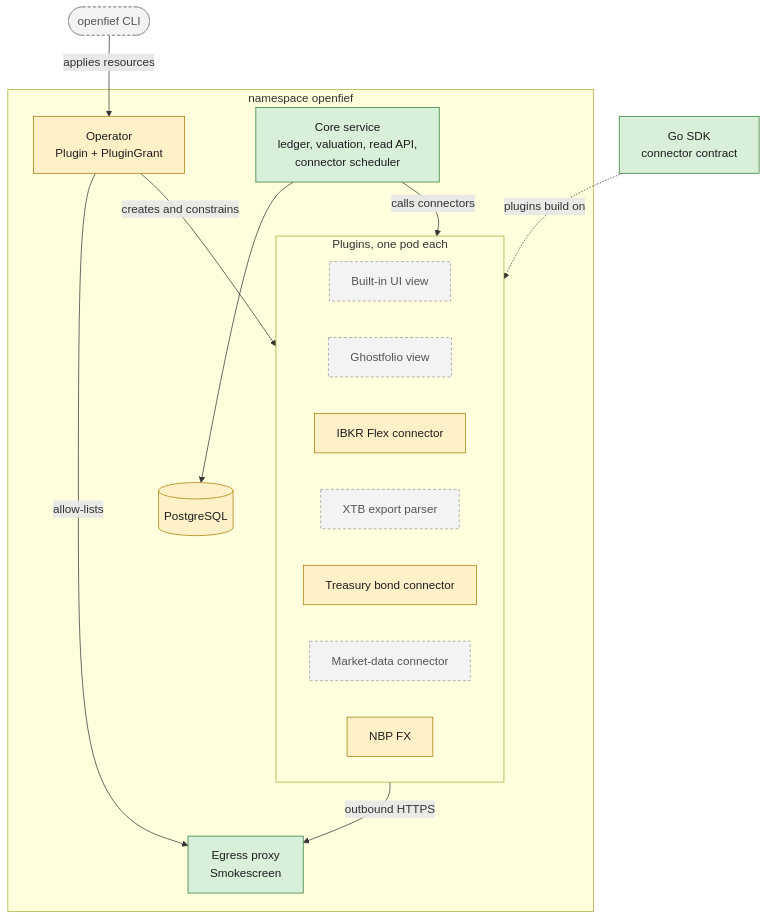
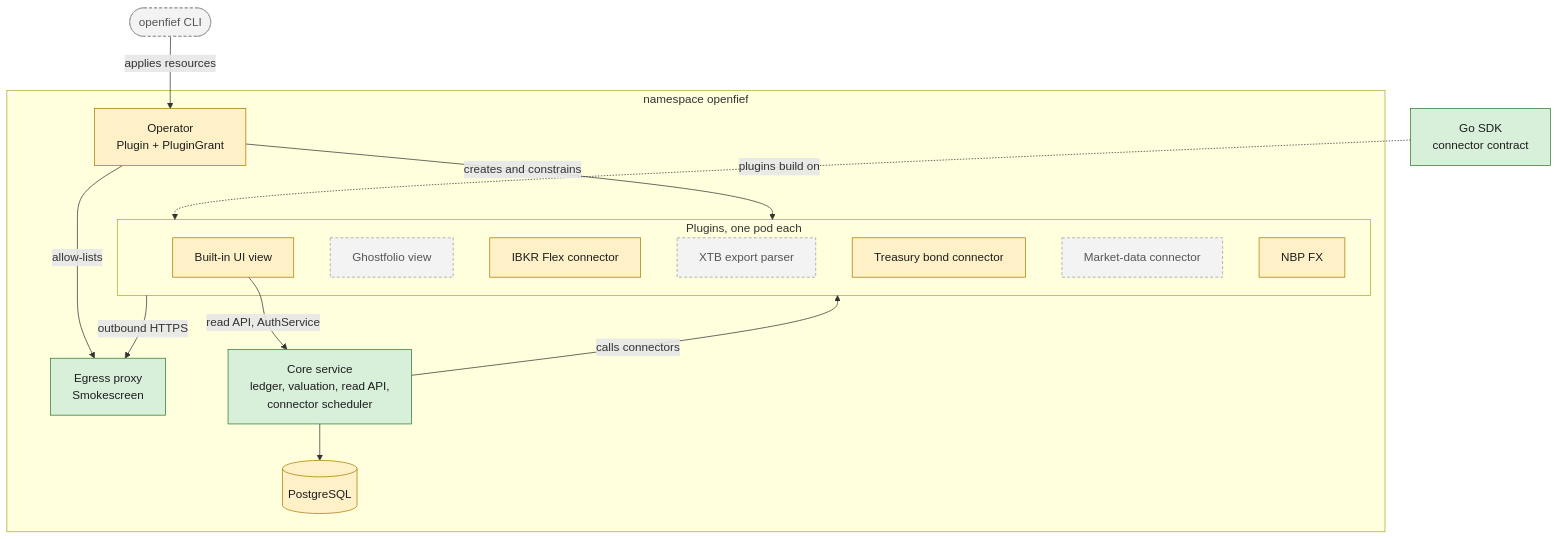
Before and after one commit to arkadiuss/openfief: the second of 5 diagrams in docs/architecture.md, drawn with Mermaid. The commit also changed other lines of this file and 248 other files, not shown here.

````diff
--- a/docs/architecture.md
+++ b/docs/architecture.md
@@ -40,30 +40,31 @@
 ```mermaid
 flowchart TB
   classDef built fill:#d8efd9,stroke:#2f7d32,color:#1d1d1f
   classDef partial fill:#fff1c7,stroke:#a77d00,color:#1d1d1f
   classDef missing fill:#f3f3f3,stroke:#9a9a9a,color:#555,stroke-dasharray: 4 3
   cli(["openfief CLI"]):::missing
   subgraph ns["namespace openfief"]
     op["Operator<br/>Plugin + PluginGrant"]:::partial
     proxy["Egress proxy<br/>Smokescreen"]:::built
     core["Core service<br/>ledger, valuation, read API,<br/>connector scheduler"]:::built
     pg[("PostgreSQL")]:::partial
     subgraph plugins["Plugins, one pod each"]
-      ui["Built-in UI view"]:::missing
+      ui["Built-in UI view"]:::partial
       gfv["Ghostfolio view"]:::missing
       ibkrc["IBKR Flex connector"]:::partial
       xtb["XTB export parser"]:::missing
       bonds["Treasury bond connector"]:::partial
       mdc["Market-data connector"]:::missing
       nbpc["NBP FX"]:::partial
     end
   end
   sdk["Go SDK<br/>connector contract"]:::built
   sdk -. "plugins build on" .-> plugins
   cli -- "applies resources" --> op
   op -- "creates and constrains" --> plugins
   op -- "allow-lists" --> proxy
   core --> pg
   core -- "calls connectors" --> plugins
+  ui -- "read API, AuthService" --> core
   plugins -- "outbound HTTPS" --> proxy
 ```
````
